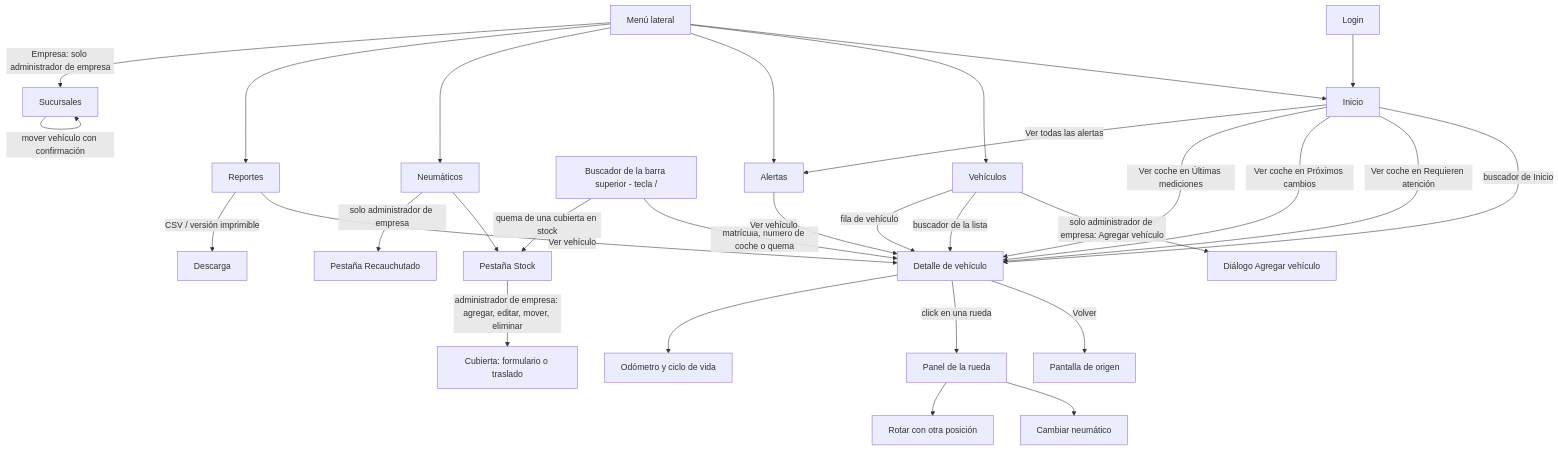
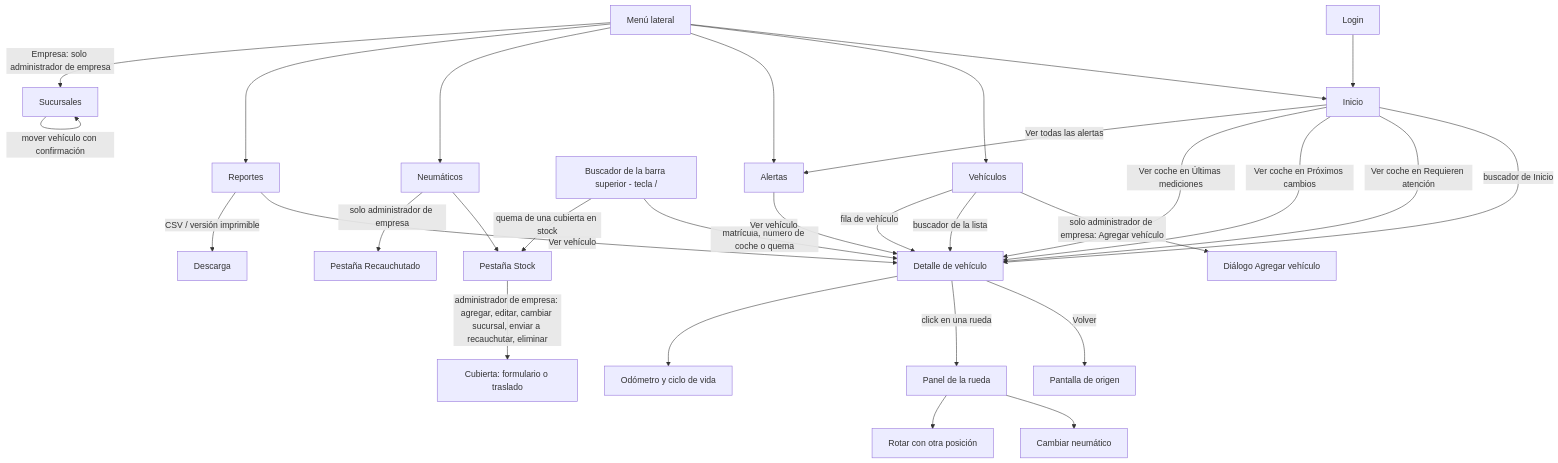
The first of 2 diagrams in docs/12-mapa-navegacion.md (EM-Organization/Neumet-Gestion), drawn with Mermaid before and after one commit. The commit also changed other lines of this file and 3 other files, not shown here.

````diff
--- a/docs/12-mapa-navegacion.md
+++ b/docs/12-mapa-navegacion.md
@@ -30,33 +30,33 @@
 ```mermaid
 flowchart TD
   L[Login] --> I[Inicio]
   M[Menú lateral] --> I
   M --> V[Vehículos]
   M --> A[Alertas]
   M --> N[Neumáticos]
   N --> S[Pestaña Stock]
   N -->|solo administrador de empresa| RC[Pestaña Recauchutado]
-  S -->|administrador de empresa: agregar, editar, mover, eliminar| SC[Cubierta: formulario o traslado]
+  S -->|administrador de empresa: agregar, editar, cambiar sucursal, enviar a recauchutar, eliminar| SC[Cubierta: formulario o traslado]
   M --> R[Reportes]
   M -->|Empresa: solo administrador de empresa| SU[Sucursales]
   SU -->|crear, renombrar, eliminar| SU
   SU -->|mover vehículo con confirmación| SU
   V -->|solo administrador de empresa: Agregar vehículo| VA[Diálogo Agregar vehículo]
   B[Buscador de la barra superior - tecla /] -->|matrícula, número de coche o quema| VD[Detalle de vehículo]
   B -->|quema de una cubierta en stock| S
   I -->|buscador de Inicio| VD
   I -->|Ver coche en Requieren atención| VD
   I -->|Ver coche en Próximos cambios| VD
   I -->|Ver coche en Últimas mediciones| VD
   I -->|Ver todas las alertas| A
   V -->|buscador de la lista| VD
   V -->|fila de vehículo| VD
   A -->|Ver vehículo| VD
   R -->|Ver vehículo| VD
   VD -->|Volver| ORIGEN[Pantalla de origen]
   VD -->|click en una rueda| PR[Panel de la rueda]
   PR --> CN[Cambiar neumático]
   PR --> RO[Rotar con otra posición]
   VD --> OD[Odómetro y ciclo de vida]
   R -->|CSV / versión imprimible| X[Descarga]
 ```
````
